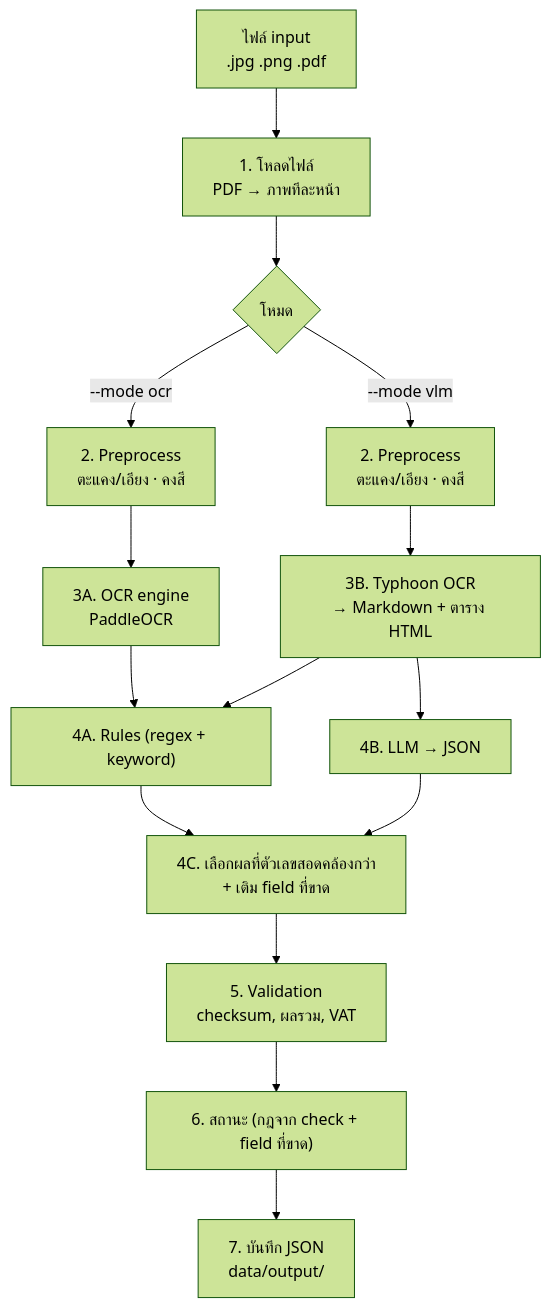
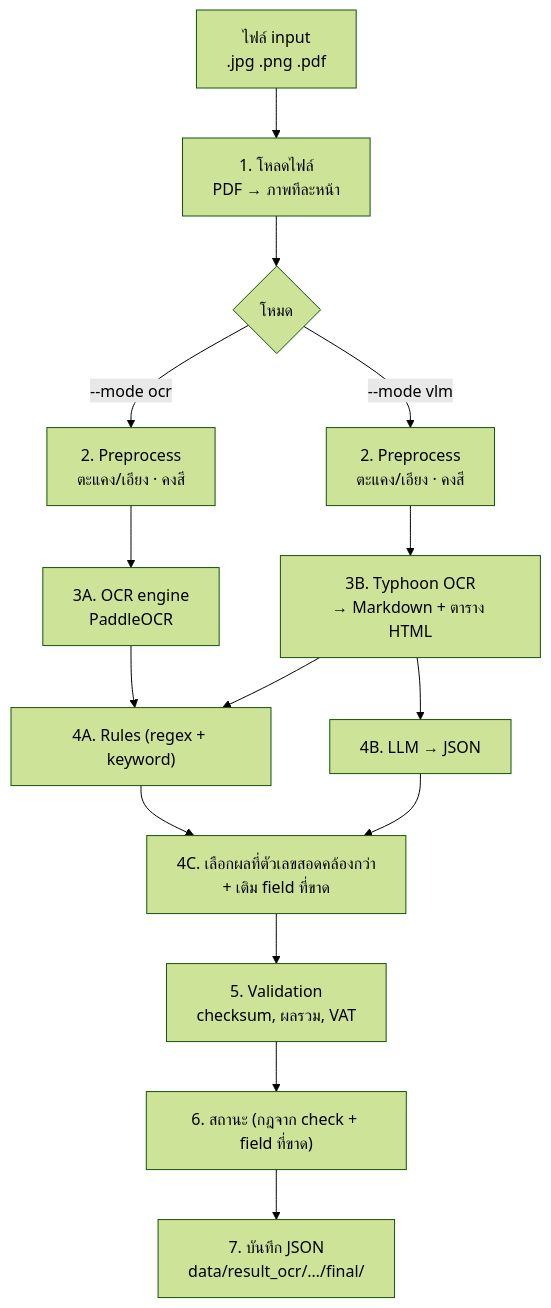
The diagram in docs/README.md (Pikcolo/fin-extractor), drawn with Mermaid (forest theme) before and after one commit. The commit also changed other lines of this file and 8 other files, not shown here.

````diff
--- a/docs/README.md
+++ b/docs/README.md
@@ -21,17 +21,17 @@
 ```mermaid
 flowchart TD
     A["ไฟล์ input<br/>.jpg .png .pdf"] --> B["1. โหลดไฟล์<br/>PDF → ภาพทีละหน้า"]
     B --> C{"โหมด"}
     C -- "--mode ocr" --> D1["2. Preprocess<br/>ตะแคง/เอียง · คงสี"]
     C -- "--mode vlm" --> D2["2. Preprocess<br/>ตะแคง/เอียง · คงสี"]
     D1 --> E1["3A. OCR engine<br/>PaddleOCR"]
     D2 --> E2["3B. Typhoon OCR<br/>→ Markdown + ตาราง HTML"]
     E1 --> F["4A. Rules (regex + keyword)"]
     E2 --> F
     E2 --> G["4B. LLM → JSON"]
     F --> H["4C. เลือกผลที่ตัวเลขสอดคล้องกว่า<br/>+ เติม field ที่ขาด"]
     G --> H
     H --> I["5. Validation<br/>checksum, ผลรวม, VAT"]
     I --> J["6. สถานะ (กฎจาก check + field ที่ขาด)"]
-    J --> K["7. บันทึก JSON<br/>data/output/"]
+    J --> K["7. บันทึก JSON<br/>data/result_ocr/…/final/"]
 ```
````
